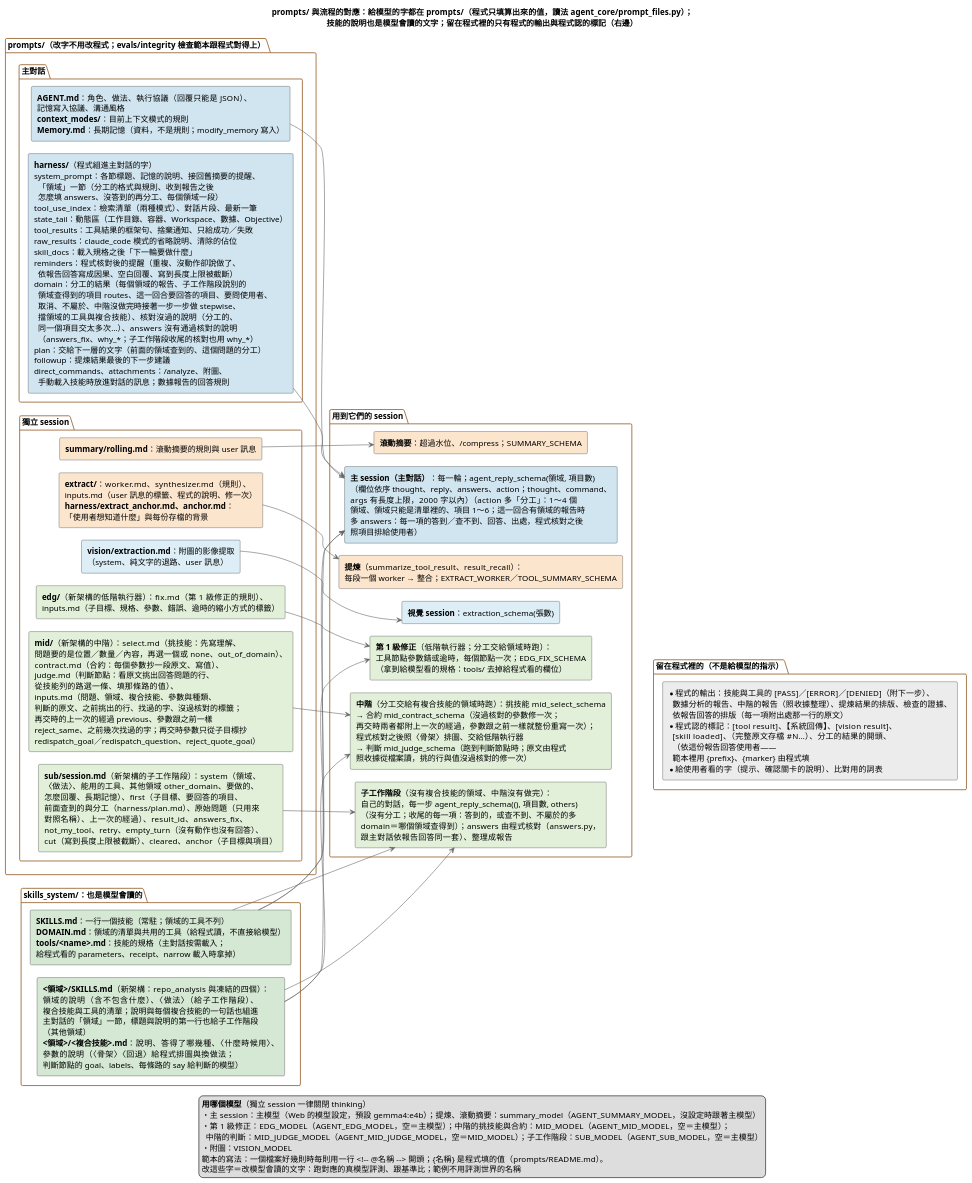
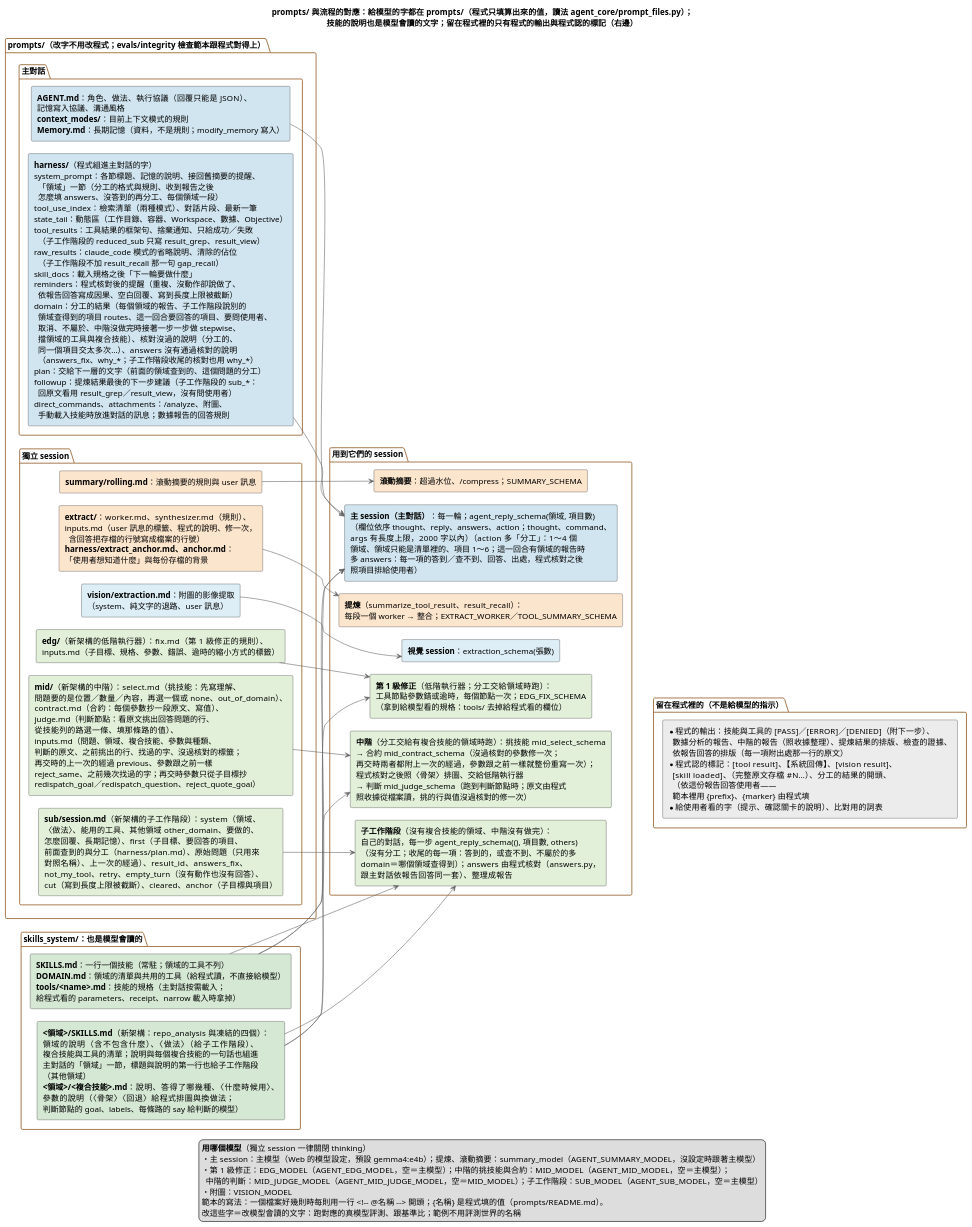
One commit to DavidZox/Coding_agnet changed the diagram in doc/diagrams/prompts與流程的對應.puml. Above: the diagram before and after it, drawn with PlantUML. The commit also changed 20 other files, not shown here.

```diff
--- a/doc/diagrams/prompts與流程的對應.puml
+++ b/doc/diagrams/prompts與流程的對應.puml
@@ -1,186 +1,190 @@
 @startuml
 ' --- 樣式精準控制 ---
 skinparam shadowing false
 skinparam defaultFontName "Microsoft JhengHei"
 skinparam RectangleWidthMax 440
 skinparam PackageBorderColor #996633
 skinparam ArrowColor #666666
 skinparam ranksep 70
 skinparam nodesep 22
 left to right direction
 
 title prompts/ 與流程的對應：給模型的字都在 prompts/（程式只填算出來的值，讀法 agent_core/prompt_files.py）；\n技能的說明也是模型會讀的文字；留在程式裡的只有程式的輸出與程式認的標記（右邊）
 
 package "prompts/（改字不用改程式；evals/integrity 檢查範本跟程式對得上）" {
   package "主對話" {
     rectangle P_AGENT #D1E5F0 [
       **AGENT.md**：角色、做法、執行協議（回覆只能是 JSON）、
       記憶寫入協議、溝通風格
       **context_modes/**：目前上下文模式的規則
       **Memory.md**：長期記憶（資料，不是規則；modify_memory 寫入）
     ]
     rectangle P_HARNESS #D1E5F0 [
       **harness/**（程式組進主對話的字）
       system_prompt：各節標題、記憶的說明、接回舊摘要的提醒、
         「領域」一節（分工的格式與規則、收到報告之後
         怎麼填 answers、沒答到的再分工、每個領域一段）
       tool_use_index：檢索清單（兩種模式）、對話片段、最新一筆
       state_tail：動態區（工作目錄、容器、Workspace、數據、Objective）
       tool_results：工具結果的框架句、捨棄通知、只給成功／失敗
+        （子工作階段的 reduced_sub 只寫 result_grep、result_view）
       raw_results：claude_code 模式的省略說明、清除的佔位
+        （子工作階段不加 result_recall 那一句 gap_recall）
       skill_docs：載入規格之後「下一輪要做什麼」
       reminders：程式核對後的提醒（重複、沒動作卻說做了、
         依報告回答寫成因果、空白回覆、寫到長度上限被截斷）
       domain：分工的結果（每個領域的報告、子工作階段說別的
         領域查得到的項目 routes、這一回合要回答的項目、要問使用者、
         取消、不屬於、中階沒做完時接著一步一步做 stepwise、
         擋領域的工具與複合技能）、核對沒過的說明（分工的、
         同一個項目交太多次…）、answers 沒有通過核對的說明
         （answers_fix、why_*；子工作階段收尾的核對也用 why_*）
       plan：交給下一層的文字（前面的領域查到的、這個問題的分工）
-      followup：提煉結果最後的下一步建議
+      followup：提煉結果最後的下一步建議（子工作階段的 sub_*：
+        回原文看用 result_grep／result_view，沒有問使用者）
       direct_commands、attachments：/analyze、附圖、
         手動載入技能時放進對話的訊息；數據報告的回答規則
     ]
   }
   package "獨立 session" {
     rectangle P_SUMMARY #FCE5CD [
       **summary/rolling.md**：滾動摘要的規則與 user 訊息
     ]
     rectangle P_EXTRACT #FCE5CD [
       **extract/**：worker.md、synthesizer.md（規則）、
-      inputs.md（user 訊息的標籤、程式的說明、修一次）
+      inputs.md（user 訊息的標籤、程式的說明、修一次，
+        含回答把存檔的行號寫成檔案的行號）
       **harness/extract_anchor.md、anchor.md**：
       「使用者想知道什麼」與每份存檔的背景
     ]
     rectangle P_VISION #DDEEF6 [
       **vision/extraction.md**：附圖的影像提取
       （system、純文字的退路、user 訊息）
     ]
     rectangle P_EDG #E2F0D9 [
       **edg/**（新架構的低階執行器）：fix.md（第 1 級修正的規則）、
       inputs.md（子目標、規格、參數、錯誤、逾時的縮小方式的標籤）
     ]
     rectangle P_MID #E2F0D9 [
       **mid/**（新架構的中階）：select.md（挑技能：先寫理解、
       問題要的是位置／數量／內容，再選一個或 none、out_of_domain）、
       contract.md（合約：每個參數抄一段原文、寫值）、
       judge.md（判斷節點：看原文挑出回答問題的行、
       從技能列的路選一條、填那條路的值）、
       inputs.md（問題、領域、複合技能、參數與種類、
       判斷的原文、之前挑出的行、找過的字、沒過核對的標籤；
       再交時的上一次的經過 previous、參數跟之前一樣
       reject_same、之前幾次找過的字；再交時參數只從子目標抄
       redispatch_goal／redispatch_question、reject_quote_goal）
     ]
     rectangle P_SUB #E2F0D9 [
       **sub/session.md**（新架構的子工作階段）：system（領域、
       〈做法〉、能用的工具、其他領域 other_domain、要做的、
       怎麼回覆、長期記憶）、first（子目標、要回答的項目、
       前面查到的與分工（harness/plan.md）、原始問題（只用來
       對照名稱）、上一次的經過）、result_id、answers_fix、
       not_my_tool、retry、empty_turn（沒有動作也沒有回答）、
       cut（寫到長度上限被截斷）、cleared、anchor（子目標與項目）
     ]
   }
 }
 
 package "skills_system/：也是模型會讀的" {
   rectangle K_ALL #D5E8D4 [
     **SKILLS.md**：一行一個技能（常駐；領域的工具不列）
     **DOMAIN.md**：領域的清單與共用的工具（給程式讀，不直接給模型）
     **tools/<name>.md**：技能的規格（主對話按需載入；
     給程式看的 parameters、receipt、narrow 載入時拿掉）
   ]
   rectangle K_DOMAIN #D5E8D4 [
     **<領域>/SKILLS.md**（新架構：repo_analysis 與凍結的四個）：
     領域的說明（含不包含什麼）、〈做法〉（給子工作階段）、
     複合技能與工具的清單；說明與每個複合技能的一句話也組進
     主對話的「領域」一節，標題與說明的第一行也給子工作階段
     （其他領域）
     **<領域>/<複合技能>.md**：說明、答得了哪幾種、〈什麼時候用〉、
     參數的說明（〈骨架〉〈回退〉給程式排圖與換做法；
     判斷節點的 goal、labels、每條路的 say 給判斷的模型）
   ]
 }
 
 package "用到它們的 session" {
   rectangle S_MAIN #D1E5F0 [
     **主 session（主對話）**：每一輪；agent_reply_schema(領域, 項目數)
     （欄位依序 thought、reply、answers、action；thought、command、
     args 有長度上限，2000 字以內）（action 多「分工」：1～4 個
     領域、領域只能是清單裡的、項目 1～6；這一回合有領域的報告時
     多 answers：每一項的答到／查不到、回答、出處，程式核對之後
     照項目排給使用者）
   ]
   rectangle S_SUB #E2F0D9 [
     **子工作階段**（沒有複合技能的領域、中階沒有做完）：
     自己的對話，每一步 agent_reply_schema((), 項目數, others)
     （沒有分工；收尾的每一項：答到的，或查不到、不屬於的多
     domain＝哪個領域查得到）；answers 由程式核對（answers.py，
     跟主對話依報告回答同一套）、整理成報告
   ]
   rectangle S_SUMMARY #FCE5CD [
     **滾動摘要**：超過水位、/compress；SUMMARY_SCHEMA
   ]
   rectangle S_EXTRACT #FCE5CD [
     **提煉**（summarize_tool_result、result_recall）：
     每段一個 worker → 整合；EXTRACT_WORKER／TOOL_SUMMARY_SCHEMA
   ]
   rectangle S_VISION #DDEEF6 [
     **視覺 session**：extraction_schema(張數)
   ]
   rectangle S_EDG #E2F0D9 [
     **第 1 級修正**（低階執行器；分工交給領域時跑）：
     工具節點參數錯或逾時，每個節點一次；EDG_FIX_SCHEMA
     （拿到給模型看的規格：tools/ 去掉給程式看的欄位）
   ]
   rectangle S_MID #E2F0D9 [
     **中階**（分工交給有複合技能的領域時跑）：挑技能 mid_select_schema
     → 合約 mid_contract_schema（沒過核對的參數修一次；
     再交時兩者都附上一次的經過，參數跟之前一樣就整份重寫一次）；
     程式核對之後照〈骨架〉排圖、交給低階執行器
     → 判斷 mid_judge_schema（跑到判斷節點時；原文由程式
     照收據從檔案讀，挑的行與值沒過核對的修一次）
   ]
 }
 
 package "留在程式裡的（不是給模型的指示）" {
   rectangle C_LIST #ECECEC [
     * 程式的輸出：技能與工具的 [PASS]／[ERROR]／[DENIED]（附下一步）、
       數據分析的報告、中階的報告（照收據整理）、提煉結果的排版、檢查的證據、
       依報告回答的排版（每一項附出處那一行的原文）
     * 程式認的標記：[tool result]、【系統回傳】、[vision result]、
       [skill loaded]、（完整原文存檔 #N…）、分工的結果的開頭、
       （依這份報告回答使用者——
       範本裡用 {prefix}、{marker} 由程式填
     * 給使用者看的字（提示、確認關卡的說明）、比對用的詞表
   ]
 }
 
 P_AGENT --> S_MAIN
 P_HARNESS --> S_MAIN
 K_ALL --> S_MAIN
 P_SUMMARY --> S_SUMMARY
 P_EXTRACT --> S_EXTRACT
 P_VISION --> S_VISION
 P_EDG --> S_EDG
 K_ALL --> S_EDG
 P_MID --> S_MID
 P_SUB --> S_SUB
 K_DOMAIN --> S_SUB
 K_ALL --> S_SUB
 K_DOMAIN --> S_MID
 K_DOMAIN --> S_MAIN
 S_MID -[hidden]-> C_LIST
 
 legend bottom
   **用哪個模型**（獨立 session 一律關閉 thinking）
   ・主 session：主模型（Web 的模型設定，預設 gemma4:e4b）；提煉、滾動摘要：summary_model（AGENT_SUMMARY_MODEL，沒設定時跟著主模型）
   ・第 1 級修正：EDG_MODEL（AGENT_EDG_MODEL，空＝主模型）；中階的挑技能與合約：MID_MODEL（AGENT_MID_MODEL，空＝主模型）；
     中階的判斷：MID_JUDGE_MODEL（AGENT_MID_JUDGE_MODEL，空＝MID_MODEL）；子工作階段：SUB_MODEL（AGENT_SUB_MODEL，空＝主模型）
   ・附圖：VISION_MODEL
   範本的寫法：一個檔案好幾則時每則用一行 <!~-- @名稱 ~--> 開頭；{名稱} 是程式填的值（prompts/README.md）。
   改這些字＝改模型會讀的文字：跑對應的真模型評測、跟基準比；範例不用評測世界的名稱
 endlegend
 @enduml
```
